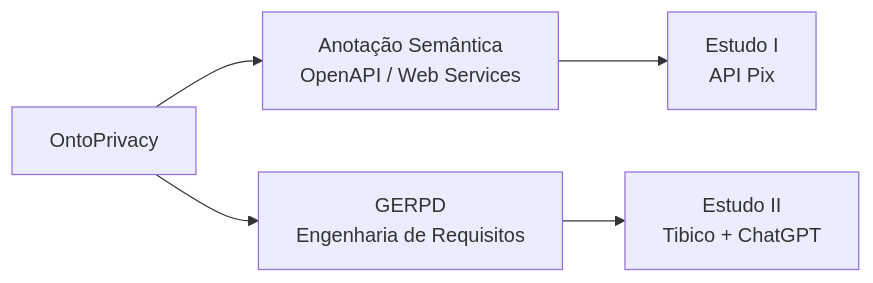
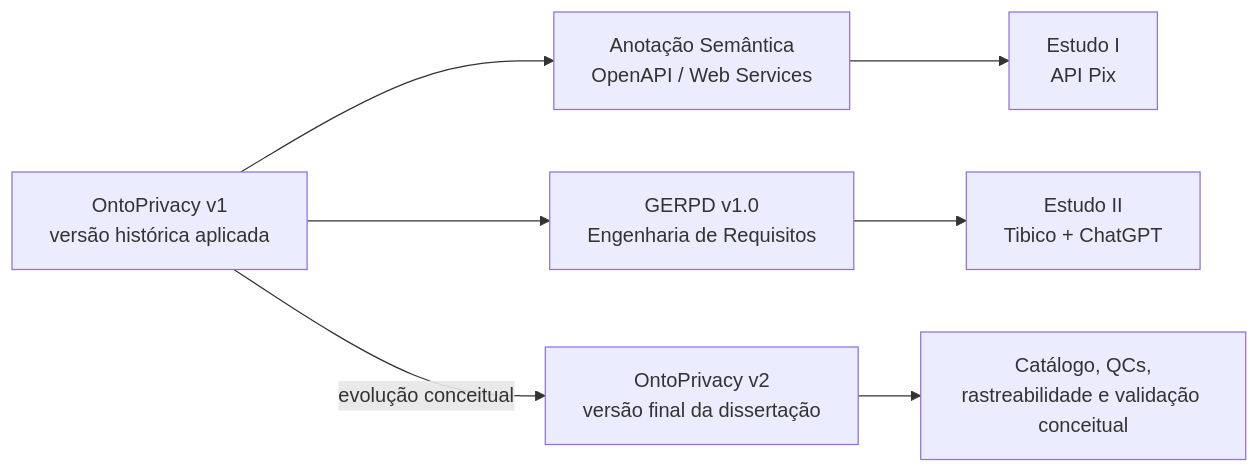
One commit to TNK443/Dissertacao changed the diagram in README.md. Above: the diagram before and after it, drawn with Mermaid. The commit also changed other lines of this file, not shown here.

````diff
--- a/README.md
+++ b/README.md
@@ -33,7 +33,9 @@
 ```mermaid
 flowchart LR
-    OP[OntoPrivacy] --> AS[Anotação Semântica\nOpenAPI / Web Services]
-    OP --> G[GERPD\nEngenharia de Requisitos]
-    AS --> E1[Estudo I\nAPI Pix]
-    G --> E2[Estudo II\nTibico + ChatGPT]
+    OP1["OntoPrivacy v1\nversão histórica aplicada"] --> AS["Anotação Semântica\nOpenAPI / Web Services"]
+    OP1 --> G["GERPD v1.0\nEngenharia de Requisitos"]
+    AS --> E1["Estudo I\nAPI Pix"]
+    G --> E2["Estudo II\nTibico + ChatGPT"]
+    OP1 -->|evolução conceitual| OP2["OntoPrivacy v2\nversão final da dissertação"]
+    OP2 --> DOC["Catálogo, QCs,\nrastreabilidade e validação conceitual"]
 ```
````
